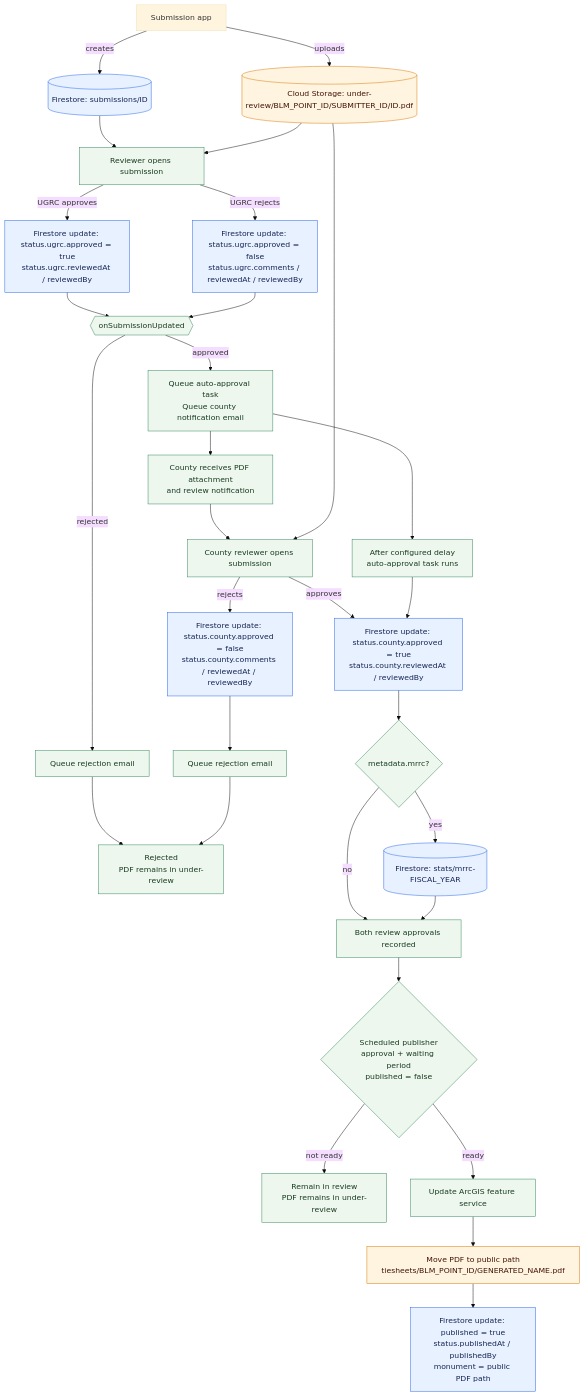
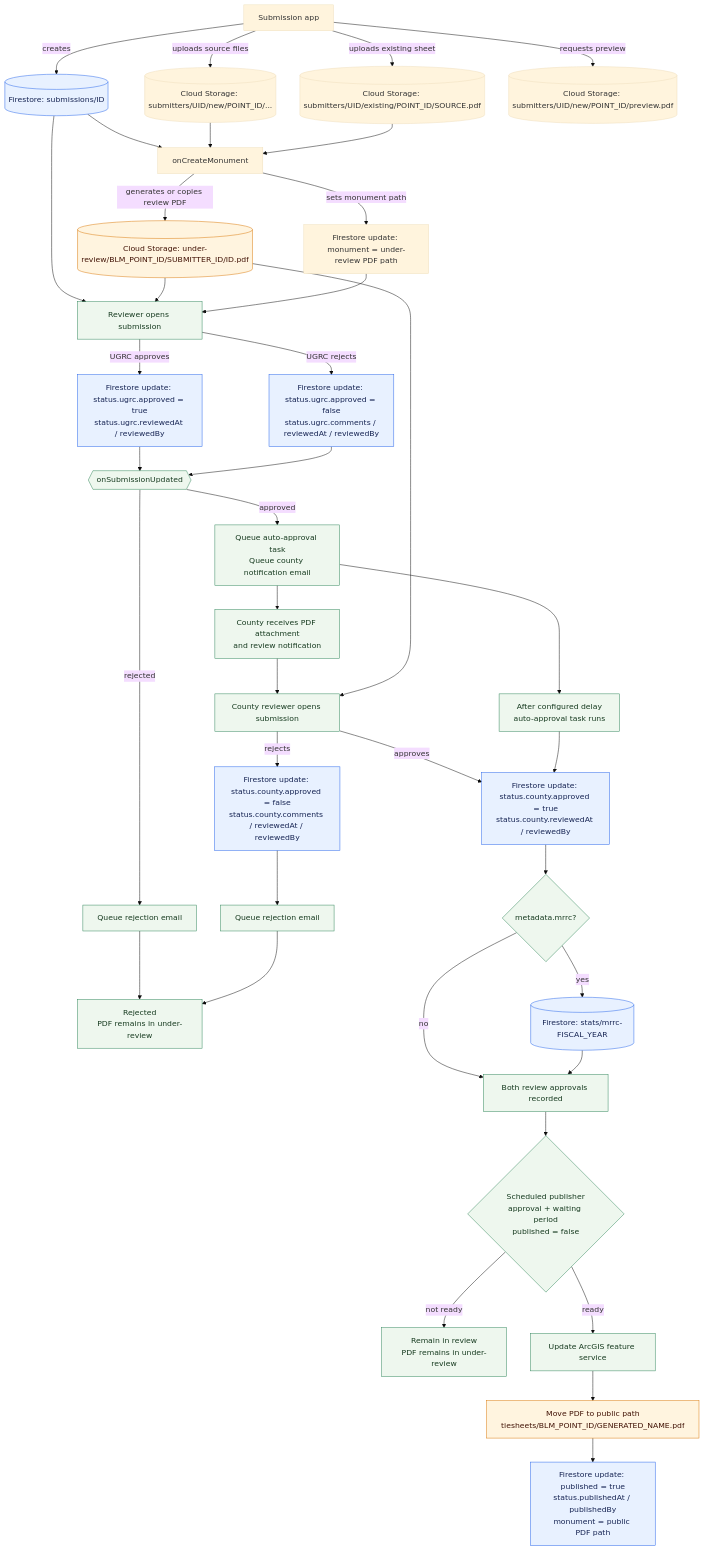
One commit to agrc/plss-review changed the diagram in README.md. Above: the diagram before and after it, drawn with Mermaid (base theme). The commit also changed other lines of this file, not shown here.

Commit message:
chore: add more details to flow chart

````diff
--- a/README.md
+++ b/README.md
@@ -15,45 +15,54 @@
 ```mermaid
 flowchart TD
    submitter[Submission app] -->|creates| submission[(Firestore: submissions/ID)]
-   submitter -->|uploads| reviewPdf[(Cloud Storage: under-review/BLM_POINT_ID/SUBMITTER_ID/ID.pdf)]
+   submitter -->|uploads source files| sourceFiles[(Cloud Storage: submitters/UID/new/POINT_ID/...)]
+   submitter -->|uploads existing sheet| existingFile[(Cloud Storage: submitters/UID/existing/POINT_ID/SOURCE.pdf)]
+   submitter -->|requests preview| previewPdf[(Cloud Storage: submitters/UID/new/POINT_ID/preview.pdf)]
+
+   submission --> createMonument[onCreateMonument]
+   sourceFiles --> createMonument
+   existingFile --> createMonument
+   createMonument -->|generates or copies review PDF| reviewPdf[(Cloud Storage: under-review/BLM_POINT_ID/SUBMITTER_ID/ID.pdf)]
+   createMonument -->|sets monument path| monumentPath[Firestore update: monument = under-review PDF path]
 
    submission --> review[Reviewer opens submission]
    reviewPdf --> review
+   monumentPath --> review
 
    review -->|UGRC approves| ugrcApproved[Firestore update: status.ugrc.approved = true\nstatus.ugrc.reviewedAt / reviewedBy]
    review -->|UGRC rejects| ugrcRejected[Firestore update: status.ugrc.approved = false\nstatus.ugrc.comments / reviewedAt / reviewedBy]
    ugrcApproved --> updated{{onSubmissionUpdated}}
    ugrcRejected --> updated
 
    updated -->|approved| countyTasks[Queue auto-approval task\nQueue county notification email]
    updated -->|rejected| rejectedEmail[Queue rejection email]
    rejectedEmail --> rejected[Rejected\nPDF remains in under-review]
 
    countyTasks --> countyNotice[County receives PDF attachment\nand review notification]
    countyTasks --> autoApproval[After configured delay\nauto-approval task runs]
    countyNotice --> countyReview[County reviewer opens submission]
    reviewPdf --> countyReview
 
    countyReview -->|approves| countyApproved[Firestore update: status.county.approved = true\nstatus.county.reviewedAt / reviewedBy]
    countyReview -->|rejects| countyRejected[Firestore update: status.county.approved = false\nstatus.county.comments / reviewedAt / reviewedBy]
    autoApproval --> countyApproved
    countyApproved --> mrrc{metadata.mrrc?}
    mrrc -->|yes| stats[(Firestore: stats/mrrc-FISCAL_YEAR)]
    mrrc -->|no| ready
    stats --> ready[Both review approvals recorded]
    countyRejected --> countyRejectedEmail[Queue rejection email]
    countyRejectedEmail --> rejected
 
    ready --> publishCheck{Scheduled publisher\napproval + waiting period\npublished = false}
    publishCheck -->|not ready| wait[Remain in review\nPDF remains in under-review]
    publishCheck -->|ready| agol[Update ArcGIS feature service]
    agol --> movePdf[Move PDF to public path\ntiesheets/BLM_POINT_ID/GENERATED_NAME.pdf]
    movePdf --> published[Firestore update: published = true\nstatus.publishedAt / publishedBy\nmonument = public PDF path]
 
    classDef firestore fill:#e8f1ff,stroke:#2563eb,color:#172554
    classDef storage fill:#fff4df,stroke:#d97706,color:#431407
    classDef process fill:#eef7ee,stroke:#2f855a,color:#173b20
    class submission,stats,ugrcApproved,ugrcRejected,countyApproved,countyRejected,published firestore
    class reviewPdf,movePdf storage
    class review,updated,countyTasks,rejectedEmail,countyNotice,autoApproval,countyReview,mrrc,ready,publishCheck,wait,agol,rejected,countyRejectedEmail process
 ```
````
